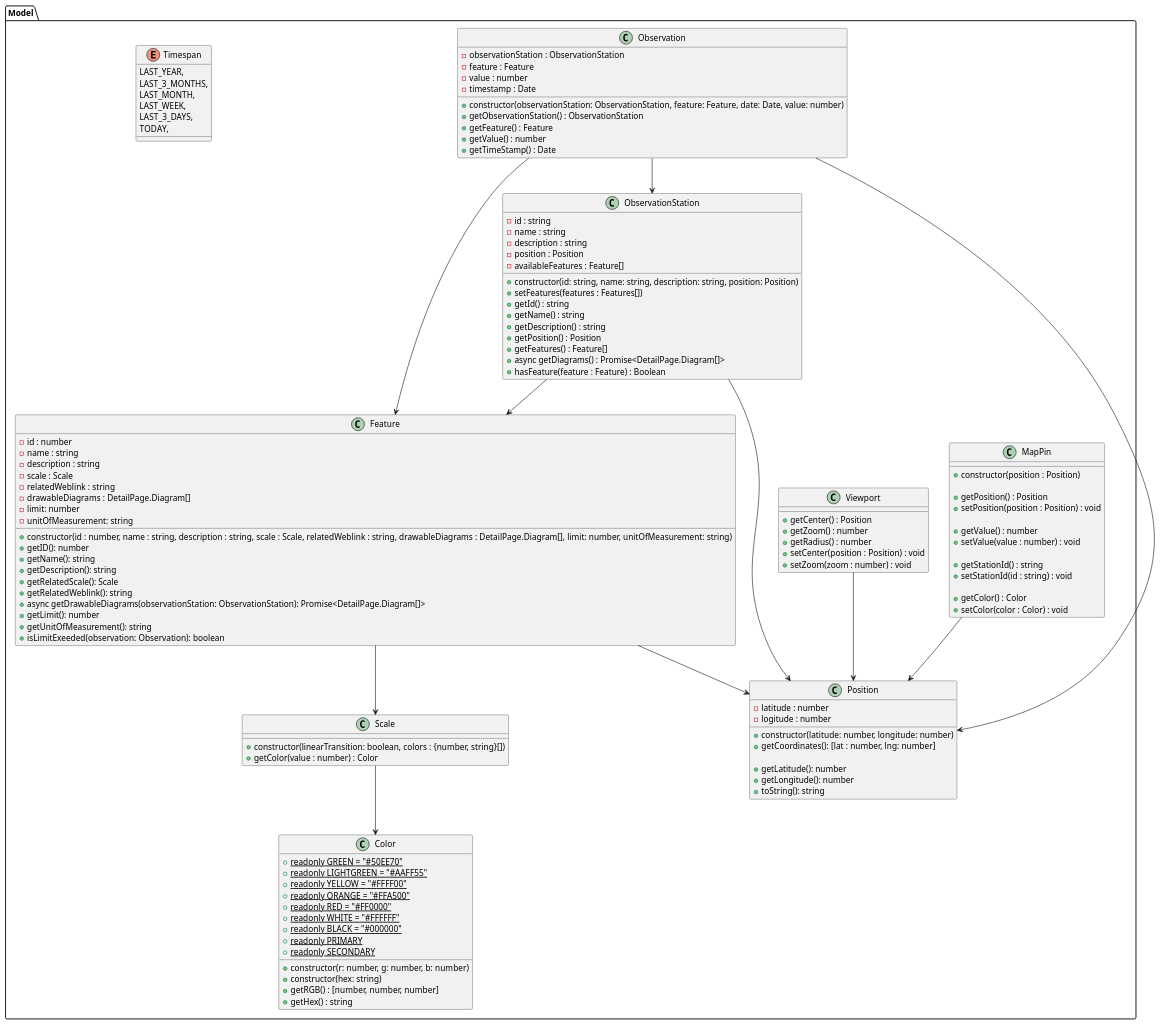
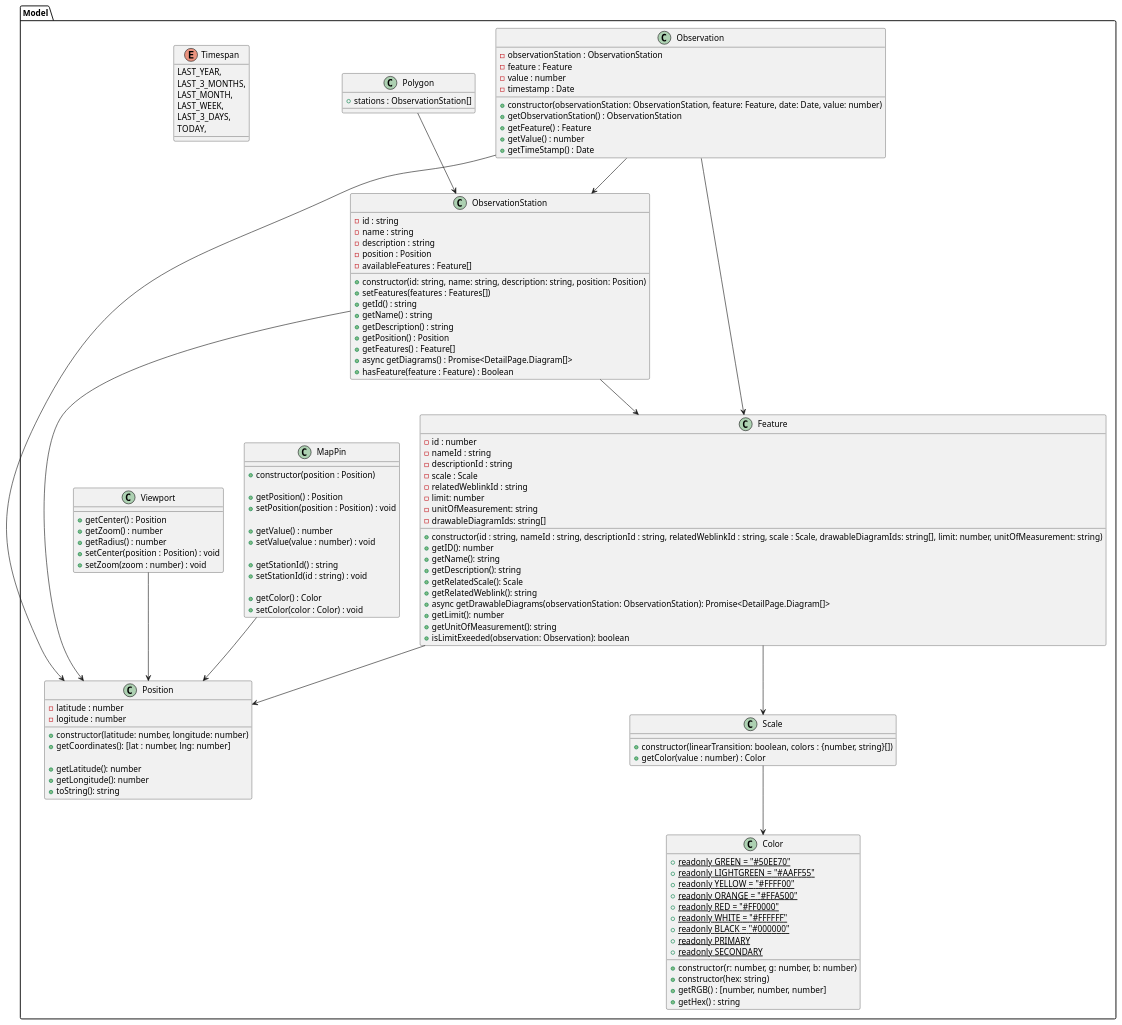
Before and after one commit to JonaEnz/pse-airquality-1: the diagram in Entwurf/PlantUML/ClassDiagrams/MVC/Model.puml, drawn with PlantUML. The commit also changed 17 other files, not shown here.

Commit message:
Update graphics

```diff
--- a/Entwurf/PlantUML/ClassDiagrams/MVC/Model.puml
+++ b/Entwurf/PlantUML/ClassDiagrams/MVC/Model.puml
@@ -1,143 +1,150 @@
 @startuml Model
 
 namespace Model {
 
 
     Feature --> Position
     Feature --> Scale
 
     MapPin --> Position
     Viewport --> Position
 
     Observation --> Feature
     Observation --> Position
     Observation --> ObservationStation
 
     ObservationStation --> Feature
     ObservationStation --> Position
 
     Scale --> Color
+
+    Polygon --> ObservationStation
+
+
+    class Polygon {
+        + stations : ObservationStation[]
+    }
 
     class MapPin {
         +constructor(position : Position)
 
         + getPosition() : Position
         + setPosition(position : Position) : void
 
         + getValue() : number
         + setValue(value : number) : void
 
         + getStationId() : string
         + setStationId(id : string) : void
 
         + getColor() : Color
         + setColor(color : Color) : void
     }
 
     class Viewport {
         + getCenter() : Position
         + getZoom() : number
         + getRadius() : number
         + setCenter(position : Position) : void
         + setZoom(zoom : number) : void
     }
 
     class ObservationStation {
         - id : string
         - name : string
         - description : string
         - position : Position
         - availableFeatures : Feature[]
 
         + constructor(id: string, name: string, description: string, position: Position)
         + setFeatures(features : Features[])
         + getId() : string
         + getName() : string
         + getDescription() : string
         + getPosition() : Position
         + getFeatures() : Feature[]
         + async getDiagrams() : Promise<DetailPage.Diagram[]>
         + hasFeature(feature : Feature) : Boolean
     }
 
     class Observation {
         - observationStation : ObservationStation
         - feature : Feature
         - value : number
         - timestamp : Date
 
         + constructor(observationStation: ObservationStation, feature: Feature, date: Date, value: number)
         + getObservationStation() : ObservationStation
         + getFeature() : Feature
         + getValue() : number
         + getTimeStamp() : Date
     }
 
     enum Timespan {
         LAST_YEAR,
         LAST_3_MONTHS,
         LAST_MONTH,
         LAST_WEEK,
         LAST_3_DAYS,
         TODAY,
     }
 
     class Position {
         - latitude : number
         - logitude : number
 
         + constructor(latitude: number, longitude: number)
         + getCoordinates(): [lat : number, lng: number]
 
         + getLatitude(): number
         + getLongitude(): number
         + toString(): string
     }
 
     class Feature {
         - id : number
-        - name : string
-        - description : string
+        - nameId : string
+        - descriptionId : string
         - scale : Scale
-        - relatedWeblink : string
-        - drawableDiagrams : DetailPage.Diagram[]
+        - relatedWeblinkId : string
         - limit: number
         - unitOfMeasurement: string
+        - drawableDiagramIds: string[]
 
-        + constructor(id : number, name : string, description : string, scale : Scale, relatedWeblink : string, drawableDiagrams : DetailPage.Diagram[], limit: number, unitOfMeasurement: string)
+        + constructor(id : string, nameId : string, descriptionId : string, relatedWeblinkId : string, scale : Scale, drawableDiagramIds: string[], limit: number, unitOfMeasurement: string)
         + getID(): number
         + getName(): string
         + getDescription(): string
         + getRelatedScale(): Scale
         + getRelatedWeblink(): string
         + async getDrawableDiagrams(observationStation: ObservationStation): Promise<DetailPage.Diagram[]>
         + getLimit(): number
         + getUnitOfMeasurement(): string
         + isLimitExeeded(observation: Observation): boolean
     }
 
     class Color {
         {static} + readonly GREEN = "#50EE70"
         {static} + readonly LIGHTGREEN = "#AAFF55"
         {static} + readonly YELLOW = "#FFFF00"
         {static} + readonly ORANGE = "#FFA500"
         {static} + readonly RED = "#FF0000"
         {static} + readonly WHITE = "#FFFFFF"
         {static} + readonly BLACK = "#000000"
         {static} + readonly PRIMARY
         {static} + readonly SECONDARY
 
         + constructor(r: number, g: number, b: number)
         + constructor(hex: string)
         + getRGB() : [number, number, number]
         + getHex() : string
     }
 
     class Scale {
         + constructor(linearTransition: boolean, colors : {number, string}[])
         + getColor(value : number) : Color
     }
 
 }
 
 @enduml
```
